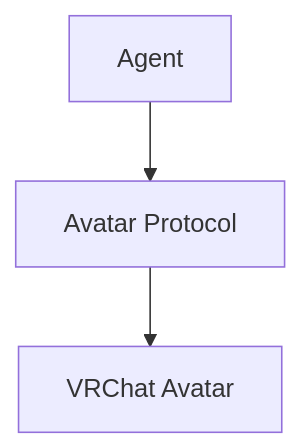
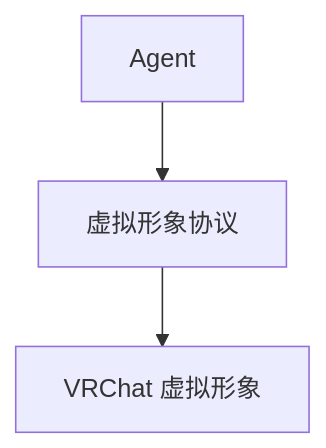
One commit to ayane-ai/ayane-docs changed diagram 11 of 12 in product/产品愿景与总纲.md. Above: the diagram before and after it, drawn with Mermaid. The commit also changed other lines of this file and 8 other files, not shown here.

````diff
--- a/product/产品愿景与总纲.md
+++ b/product/产品愿景与总纲.md
@@ -761,5 +798,5 @@
 ```mermaid
 flowchart TD
-    agent["Agent"] --> protocol["Avatar Protocol"]
-    protocol --> avatar["VRChat Avatar"]
+    agent["Agent"] --> protocol["虚拟形象协议"]
+    protocol --> avatar["VRChat 虚拟形象"]
 ```
````
